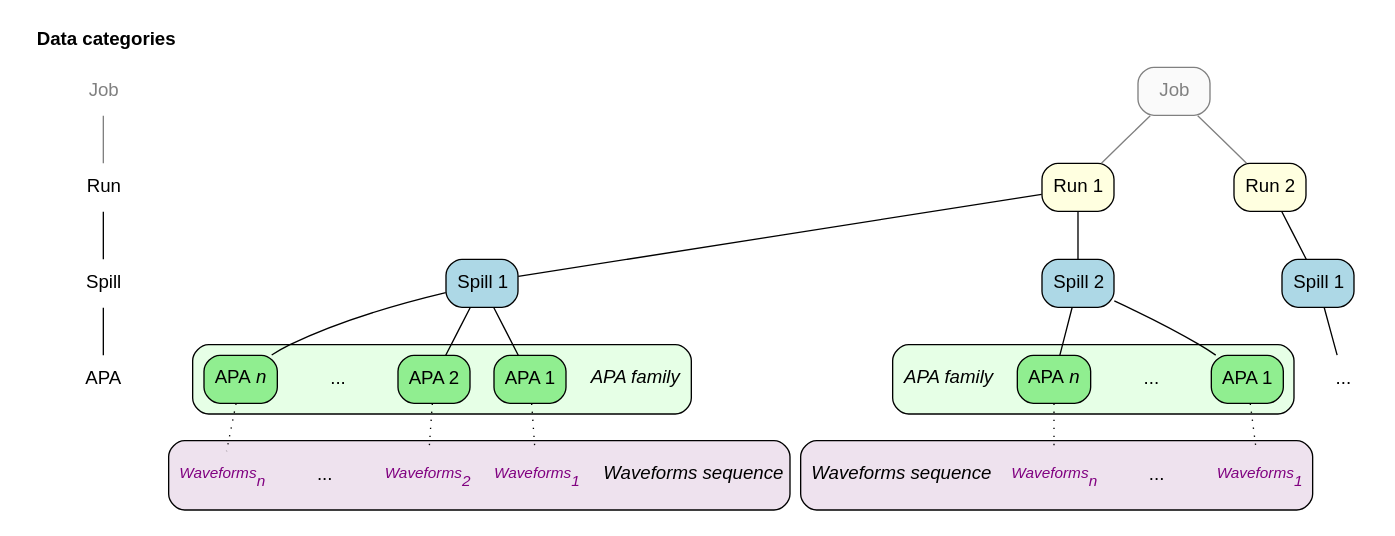
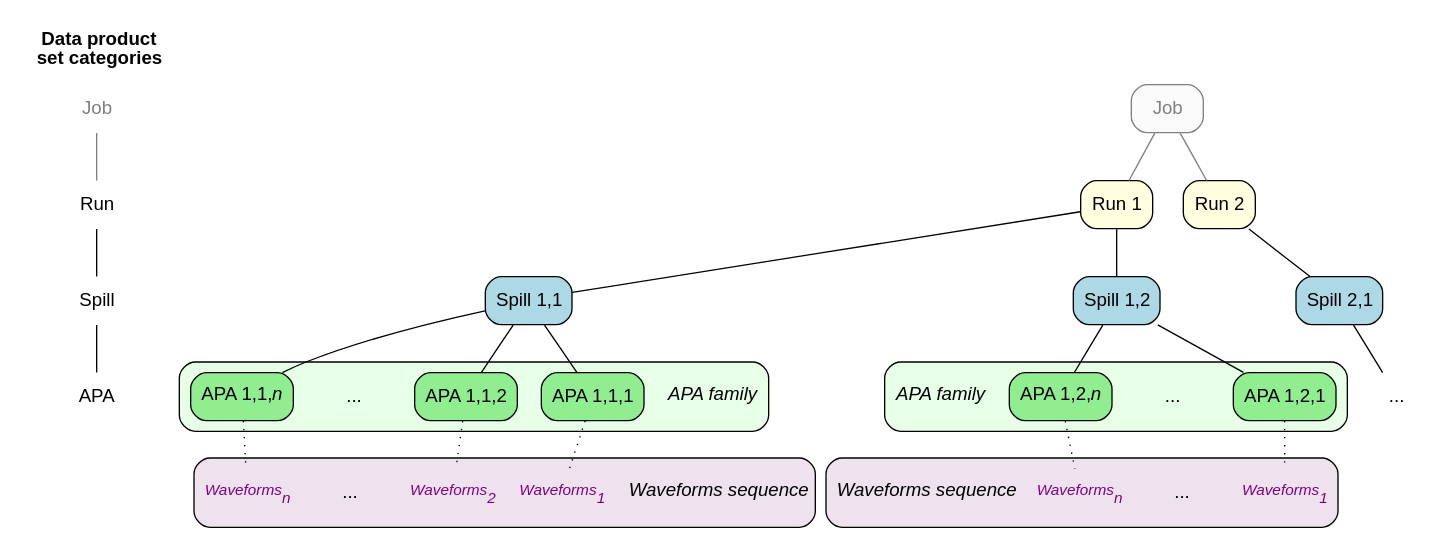
One commit to Framework-R-D/phlex-design changed the diagram in doc/graphviz/data-organization.gv. Above: the diagram before and after it, drawn with Graphviz. The commit also changed 1 other file, not shown here.

Commit message:
updated data fig and caption

```diff
--- a/doc/graphviz/data-organization.gv
+++ b/doc/graphviz/data-organization.gv
@@ -1,100 +1,100 @@
 digraph {
 
   fontname="Helvetica,Arial"
   node [shape="plaintext" fontname="Helvetica,Arial"]
   edge [arrowhead="none"]
   subgraph cluster_categories {
-    label=<<b>Data categories</b>>
+    label=<<b>Data product<br/>set categories</b>>
     color=none
 
     job_category [label=<Job> fontcolor="gray"]
     run_category [label=<Run>]
     spill_category [label=<Spill>]
     apa_category [label=<APA>]
 
     job_category -> run_category [color="gray"]
     run_category -> spill_category -> apa_category
   }
 
   node [shape="box" style="filled,rounded"]
 
   job [label=<Job> fillcolor="gray98" fontcolor="gray" color="gray"]
   run1 [label=<Run 1> fillcolor="lightyellow"]
   run2 [label=<Run 2> fillcolor="lightyellow"]
-  spill1 [label=<Spill 1> fillcolor="lightblue"]
-  spill2 [label=<Spill 2> fillcolor="lightblue"]
-  spill3 [label=<Spill 1> fillcolor="lightblue"]
+  spill1 [label=<Spill 1,1> fillcolor="lightblue"]
+  spill2 [label=<Spill 1,2> fillcolor="lightblue"]
+  spill3 [label=<Spill 2,1> fillcolor="lightblue"]
   apa3 [label="..." shape="plaintext" margin=0 style="rounded"]
 
   job -> {run1 run2} [color=gray]
   run1 -> {spill1 spill2}
   run2 -> spill3
   spill3 -> apa3
 
   node [style="rounded,filled" fillcolor="lightgreen"]
   subgraph cluster_apa_family_1 {
      style="filled,rounded"
      fillcolor="#e6ffe6"
 
      family_label_1 [label=<<i>APA family</i>> shape="plaintext" margin=0 style="rounded"]
-     apa11 [label=<APA 1>]
-     apa12 [label=<APA 2>]
+     apa11 [label=<APA 1,1,1>]
+     apa12 [label=<APA 1,1,2>]
      apa1Dots [label="..." shape="plaintext" margin=0 style="rounded"]
-     apa1N [label=<APA <i>n</i>>]
+     apa1N [label=<APA 1,1,<i>n</i>>]
   }
 
   spill1 -> family_label_1 [style=invis]
   spill1 -> apa11
   spill1 -> apa12
   spill1 -> apa1Dots [style=invis]
   spill1 -> apa1N
 
   subgraph cluster_apa_family_2 {
      style="filled,rounded"
      fillcolor="#e6ffe6"
 
-     apa21 [label=<APA 1>]
+     apa21 [label=<APA 1,2,1>]
      apa2Dots [label="..." shape="plaintext" margin=0 style="rounded"]
-     apa2N [label=<APA <i>n</i>>]
+     apa2N [label=<APA 1,2,<i>n</i>>]
      family_label_2 [label=<<i>APA family</i>> shape="plaintext" margin=0 style="rounded"]
   }
 
   spill2 -> apa21
   spill2 -> apa2Dots [style=invis]
   spill2 -> apa2N
   spill2 -> family_label_2 [style=invis]
 
   node [shape="plaintext" style="rounded" margin="0"]
   subgraph cluster_product_sequence_1 {
      style="filled,rounded"
      fillcolor="#eee2ee"
 
      sequence_label_1 [label=<<i>Waveforms sequence</i>> shape="plaintext" margin=0 style="rounded" fontname="Helvetica,Arial"]
      t11 [label=<<i>Waveforms<sub>1</sub></i>> fontsize=11.5 fontcolor="purple"]
      t12 [label=<<i>Waveforms<sub>2</sub></i>> fontsize=11.5 fontcolor="purple"]
      t1Dots [label="..." shape="plaintext" margin=0 style="rounded" fontname="Helvetica,Arial"]
      t1N [label=<<i>Waveforms<sub>n</sub></i>> fontsize=11.5 fontcolor="purple"]
   }
 
   edge [style=dotted]
   family_label_1 -> sequence_label_1 [style=invis]
   apa11 -> t11
   apa12 -> t12
   apa1Dots -> t1Dots [style=invis]
   apa1N -> t1N
 
   subgraph cluster_product_sequence_2 {
      style="filled,rounded"
      fillcolor="#eee2ee"
 
      sequence_label_2 [label=<<i>Waveforms sequence</i>> shape="plaintext" margin=0 style="rounded" fontname="Helvetica,Arial"]
      t21 [label=<<i>Waveforms<sub>1</sub></i>> fontsize=11.5 fontcolor="purple"]
      t2Dots [label="..." shape="plaintext" margin=0 style="rounded" fontname="Helvetica,Arial"]
      t2N [label=<<i>Waveforms<sub>n</sub></i>> fontsize=11.5 fontcolor="purple"]
   }
 
   family_label_2 -> sequence_label_2 [style=invis]
   apa21 -> t21
   apa2Dots -> t2Dots [style=invis]
   apa2N -> t2N
 }
```
